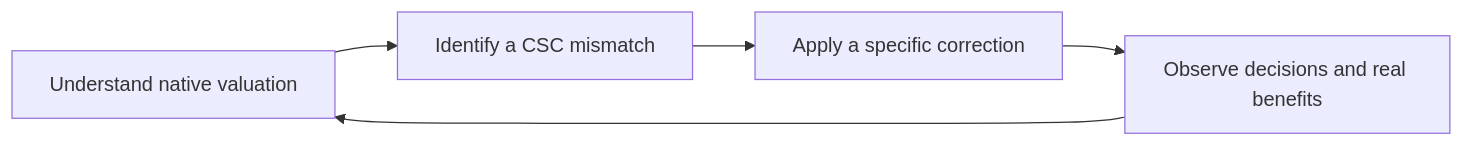
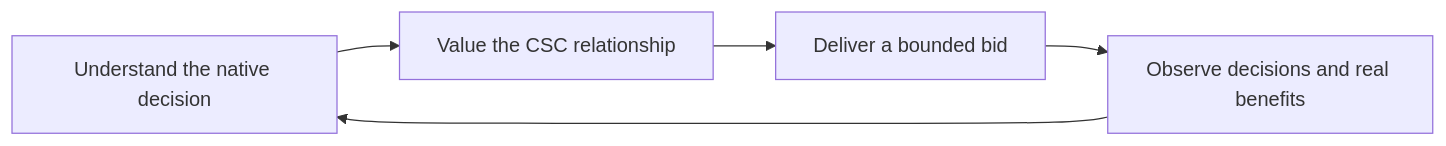
One commit to hennogous/Henno-Mods changed the diagram in project/docs/civ6-ai/index.md. Above: the diagram before and after it, drawn with Mermaid. The commit also changed other lines of this file and 9 other files, not shown here.

Commit message:
Set CSC AI objectives and start the Stage 2 decision model

````diff
--- a/project/docs/civ6-ai/index.md
+++ b/project/docs/civ6-ai/index.md
@@ -24,7 +27,7 @@
 ```mermaid
 flowchart LR
-  A["Understand native valuation"] --> B["Identify a CSC mismatch"]
-  B --> C["Apply a specific correction"]
+  A["Understand the native decision"] --> B["Value the CSC relationship"]
+  B --> C["Deliver a bounded bid"]
   C --> D["Observe decisions and real benefits"]
   D --> A
 ```
````
